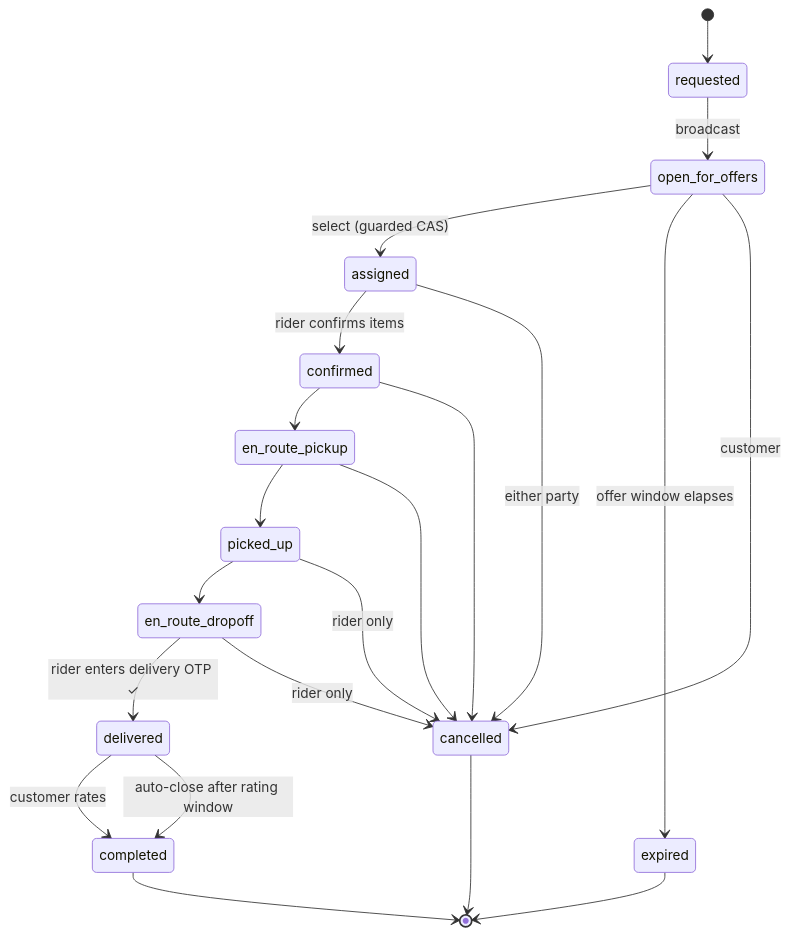
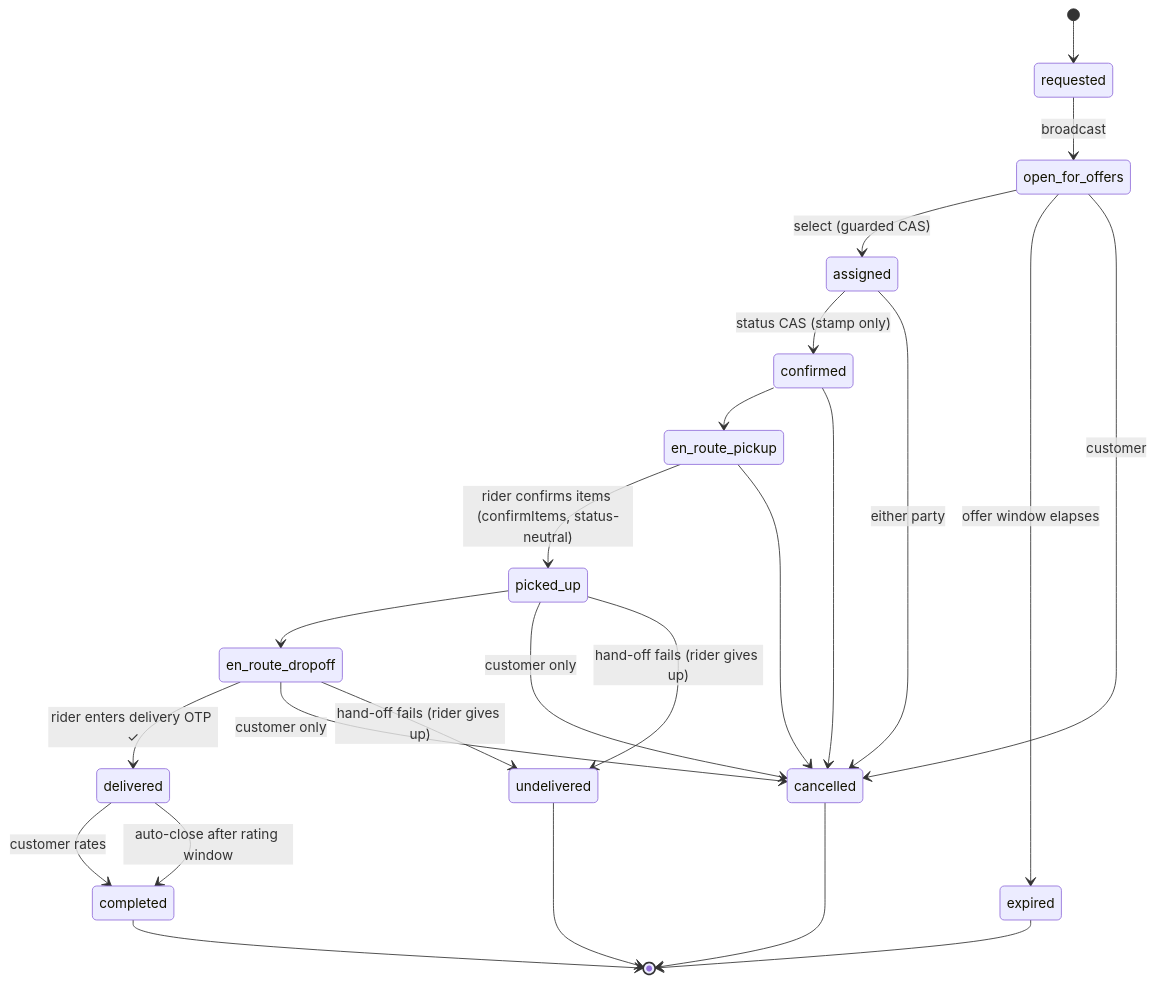
The eighth of 16 diagrams in docs/ARCHITECTURE.md (unnfazzed/Lynia), drawn with Mermaid before and after one commit. The commit also changed other lines of this file and 14 other files, not shown here.

````diff
--- a/docs/ARCHITECTURE.md
+++ b/docs/ARCHITECTURE.md
@@ -591,27 +591,31 @@
 ```mermaid
 stateDiagram-v2
     [*] --> requested
     requested --> open_for_offers : broadcast
     open_for_offers --> assigned : select (guarded CAS)
     open_for_offers --> expired : offer window elapses
 
-    assigned --> confirmed : rider confirms items
+    assigned --> confirmed : status CAS (stamp only)
     confirmed --> en_route_pickup
-    en_route_pickup --> picked_up
+    en_route_pickup --> picked_up : rider confirms items (confirmItems, status-neutral)
     picked_up --> en_route_dropoff
     en_route_dropoff --> delivered : rider enters delivery OTP ✓
 
     delivered --> completed : customer rates
     delivered --> completed : auto-close after rating window
 
     assigned --> cancelled : either party
     confirmed --> cancelled
     en_route_pickup --> cancelled
-    picked_up --> cancelled : rider only
-    en_route_dropoff --> cancelled : rider only
+    picked_up --> cancelled : customer only
+    en_route_dropoff --> cancelled : customer only
     open_for_offers --> cancelled : customer
+
+    picked_up --> undelivered : hand-off fails (rider gives up)
+    en_route_dropoff --> undelivered : hand-off fails (rider gives up)
 
     completed --> [*]
     cancelled --> [*]
     expired --> [*]
+    undelivered --> [*]
 ```
````
